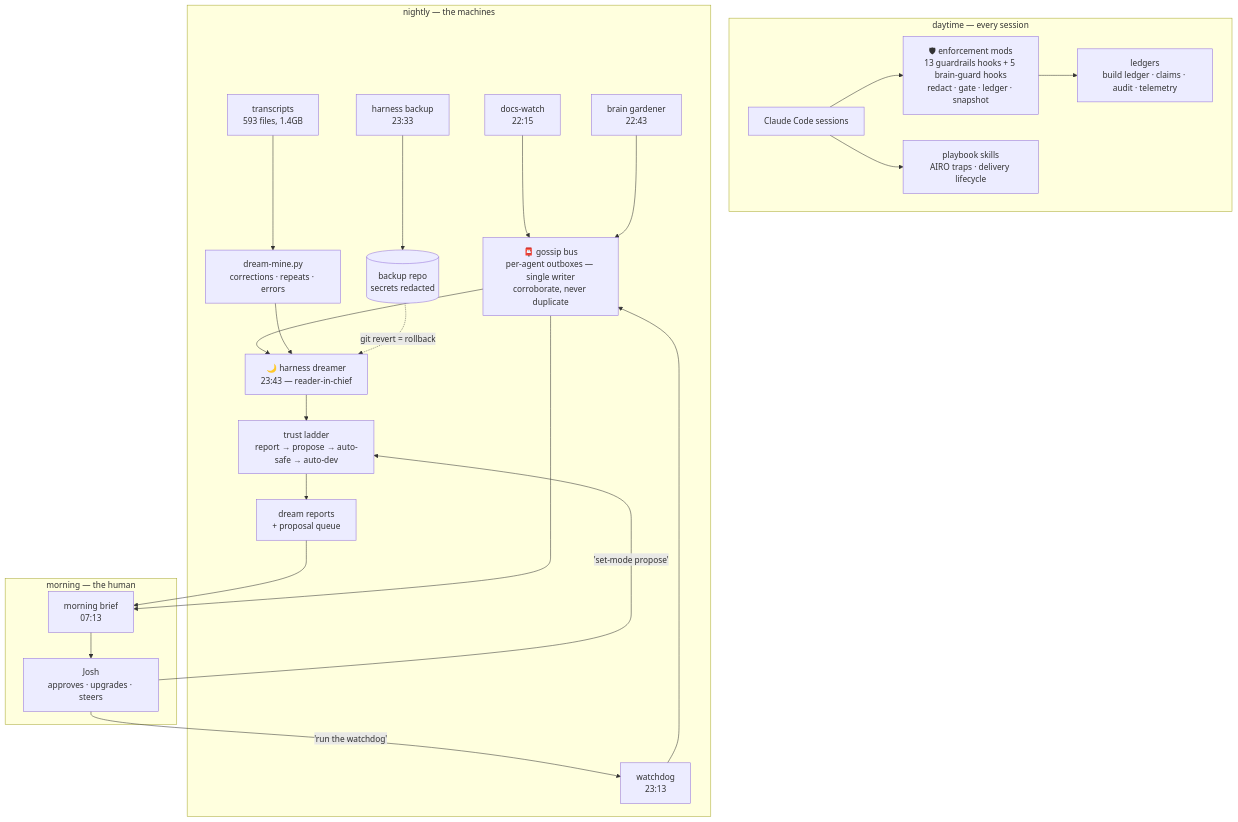
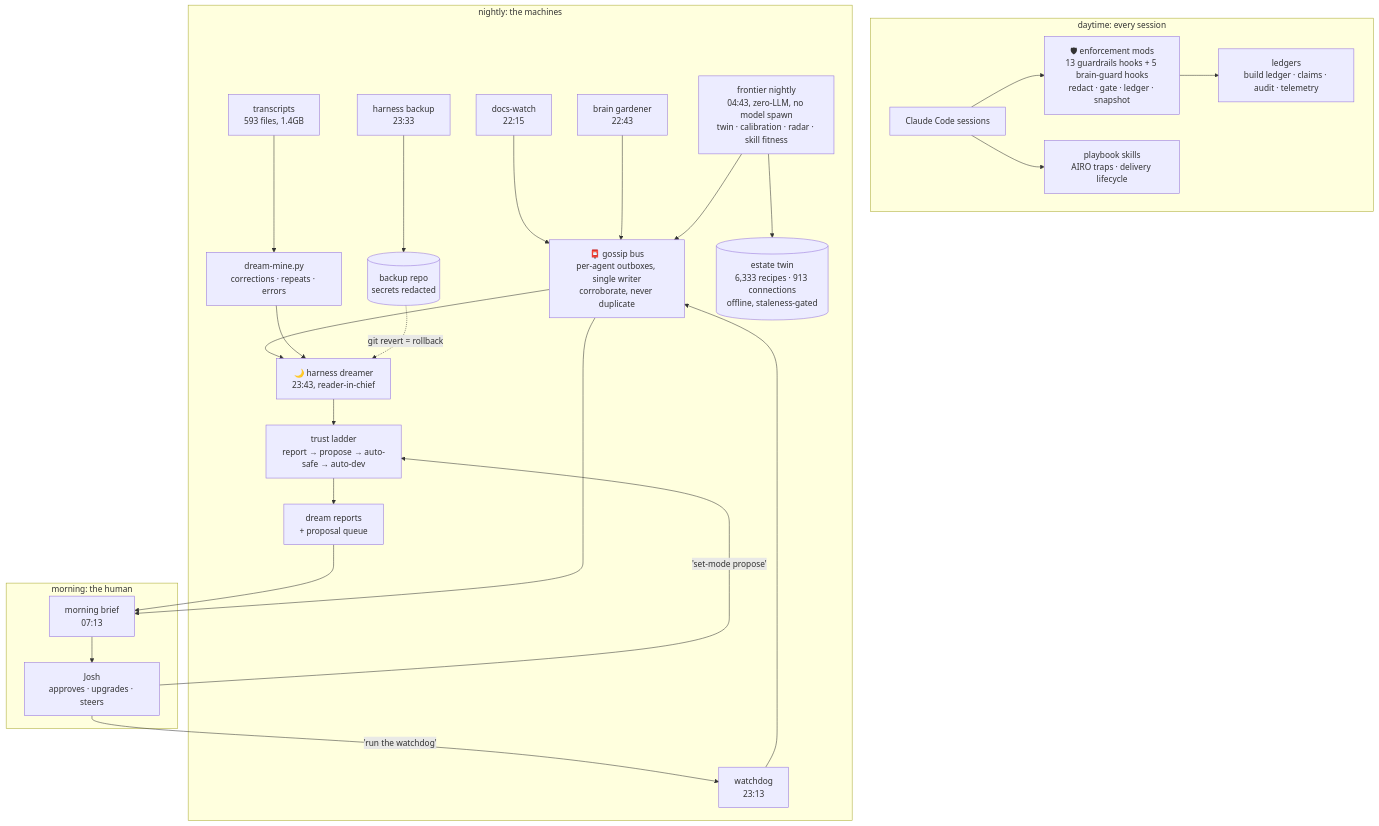
The diagram in README.md (jdcramoy/workato-agentic-kit), drawn with Mermaid before and after one commit. The commit also changed other lines of this file and 88 other files, not shown here.

Commit message:
frontier stack + fleet: 13 zero-LLM scripts (twin, integrity, coverage, calibration, radar, saga, standing orders, skill fitness, canary, shadow), frontier-nightly job, 9 new skills, evidence + spec-distiller SOPs, wt sync; README architecture update

````diff
--- a/README.md
+++ b/README.md
@@ -127,32 +139,34 @@
 ```mermaid
 graph TB
-    subgraph SESSIONS[" daytime — every session "]
+    subgraph SESSIONS[" daytime: every session "]
         CC["Claude Code sessions"] --> MODS["🛡 enforcement mods\n13 guardrails hooks + 5 brain-guard hooks\nredact · gate · ledger · snapshot"]
         CC --> SKILLS["playbook skills\nAIRO traps · delivery lifecycle"]
         MODS --> LEDGERS["ledgers\nbuild ledger · claims · audit · telemetry"]
     end
 
-    subgraph NIGHT[" nightly — the machines "]
+    subgraph NIGHT[" nightly: the machines "]
         DW["docs-watch\n22:15"] --> BUS
         BG["brain gardener\n22:43"] --> BUS
         WD["watchdog\n23:13"] --> BUS
-        BUS["📮 gossip bus\nper-agent outboxes — single writer\ncorroborate, never duplicate"]
+        BUS["📮 gossip bus\nper-agent outboxes, single writer\ncorroborate, never duplicate"]
         HB["harness backup\n23:33"] --> REPO[("backup repo\nsecrets redacted")]
-        DREAMER["🌙 harness dreamer\n23:43 — reader-in-chief"]
+        DREAMER["🌙 harness dreamer\n23:43, reader-in-chief"]
         BUS --> DREAMER
         TX["transcripts\n593 files, 1.4GB"] --> MINE["dream-mine.py\ncorrections · repeats · errors"]
         MINE --> DREAMER
         DREAMER --> LADDER["trust ladder\nreport → propose → auto-safe → auto-dev"]
         LADDER --> REPORTS["dream reports\n+ proposal queue"]
+        FN["frontier nightly\n04:43, zero-LLM, no model spawn\ntwin · calibration · radar · skill fitness"] --> BUS
+        FN --> TWIN[("estate twin\n6,333 recipes · 913 connections\noffline, staleness-gated")]
     end
 
-    subgraph MORNING[" morning — the human "]
+    subgraph MORNING[" morning: the human "]
         MB["morning brief\n07:13"] --> JOSH["Josh\napproves · upgrades · steers"]
         REPORTS --> MB
         BUS --> MB
     end
 
     REPO -.->|"git revert = rollback"| DREAMER
     JOSH -->|"'set-mode propose'"| LADDER
     JOSH -->|"'run the watchdog'"| WD
 ```
````
